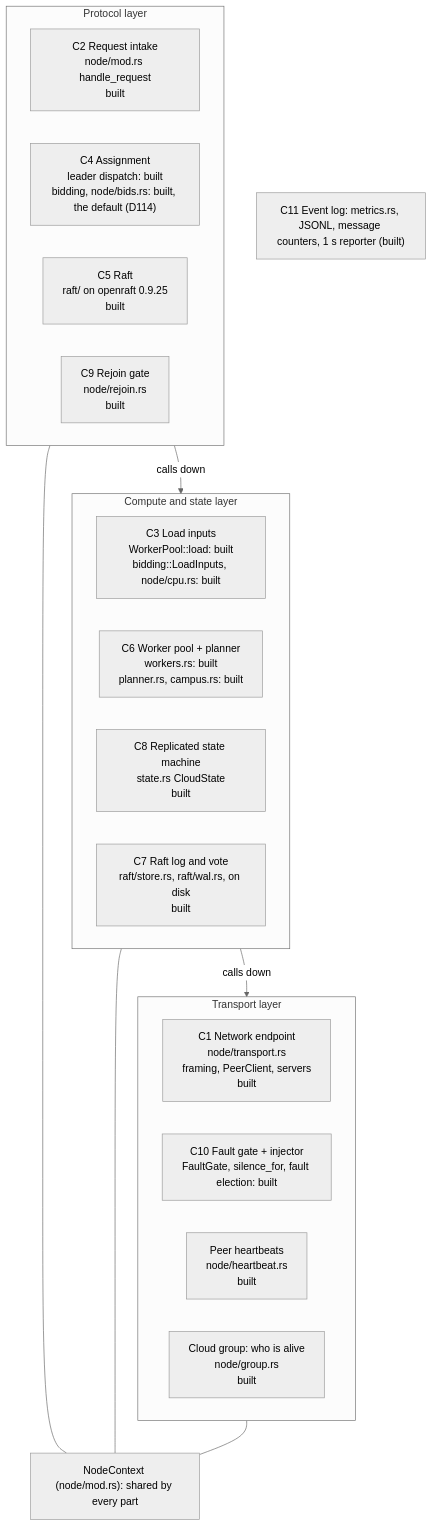
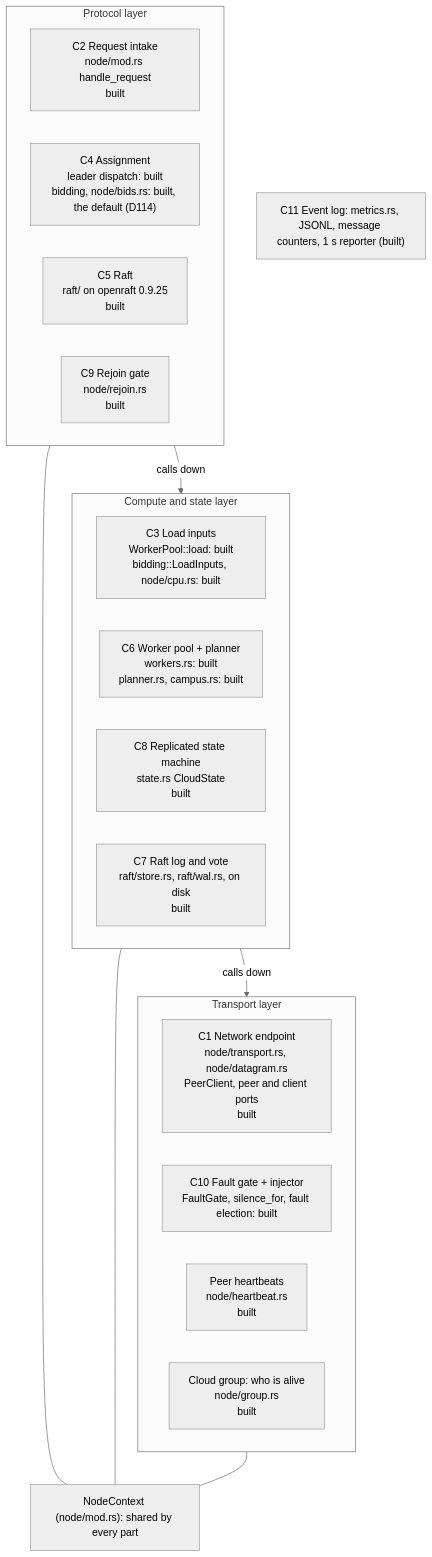
The fourth of 47 diagrams in docs/architecture.md (noortaytoy1/DistributedSystems), drawn with Mermaid (neutral theme) before and after one commit. The commit also changed other lines of this file and 8 other files, not shown here.

````diff
--- a/docs/architecture.md
+++ b/docs/architecture.md
@@ -202,31 +254,31 @@
 ```mermaid
 flowchart TB
     subgraph TR["Transport layer"]
         direction LR
-        C1["C1 Network endpoint<br/>node/transport.rs<br/>framing, PeerClient, servers<br/>built"]
+        C1["C1 Network endpoint<br/>node/transport.rs, node/datagram.rs<br/>PeerClient, peer and client ports<br/>built"]
         C10["C10 Fault gate + injector<br/>FaultGate, silence_for, fault election: built"]
         HB["Peer heartbeats<br/>node/heartbeat.rs<br/>built"]
         GRP["Cloud group: who is alive<br/>node/group.rs<br/>built"]
     end
     subgraph PR["Protocol layer"]
         direction LR
         C2["C2 Request intake<br/>node/mod.rs handle_request<br/>built"]
         C4["C4 Assignment<br/>leader dispatch: built<br/>bidding, node/bids.rs: built, the default (D114)"]
         C5["C5 Raft<br/>raft/ on openraft 0.9.25<br/>built"]
         C9["C9 Rejoin gate<br/>node/rejoin.rs<br/>built"]
     end
     subgraph CS["Compute and state layer"]
         direction LR
         C3["C3 Load inputs<br/>WorkerPool::load: built<br/>bidding::LoadInputs, node/cpu.rs: built"]
         C6["C6 Worker pool + planner<br/>workers.rs: built<br/>planner.rs, campus.rs: built"]
         C8["C8 Replicated state machine<br/>state.rs CloudState<br/>built"]
         C7["C7 Raft log and vote<br/>raft/store.rs, raft/wal.rs, on disk<br/>built"]
     end
     C11["C11 Event log: metrics.rs, JSONL, message counters, 1 s reporter (built)"]
     CTX["NodeContext (node/mod.rs): shared by every part"]
     PR -->|"calls down"| CS
     CS -->|"calls down"| TR
     PR --- CTX
     CS --- CTX
     TR --- CTX
 ```
````
